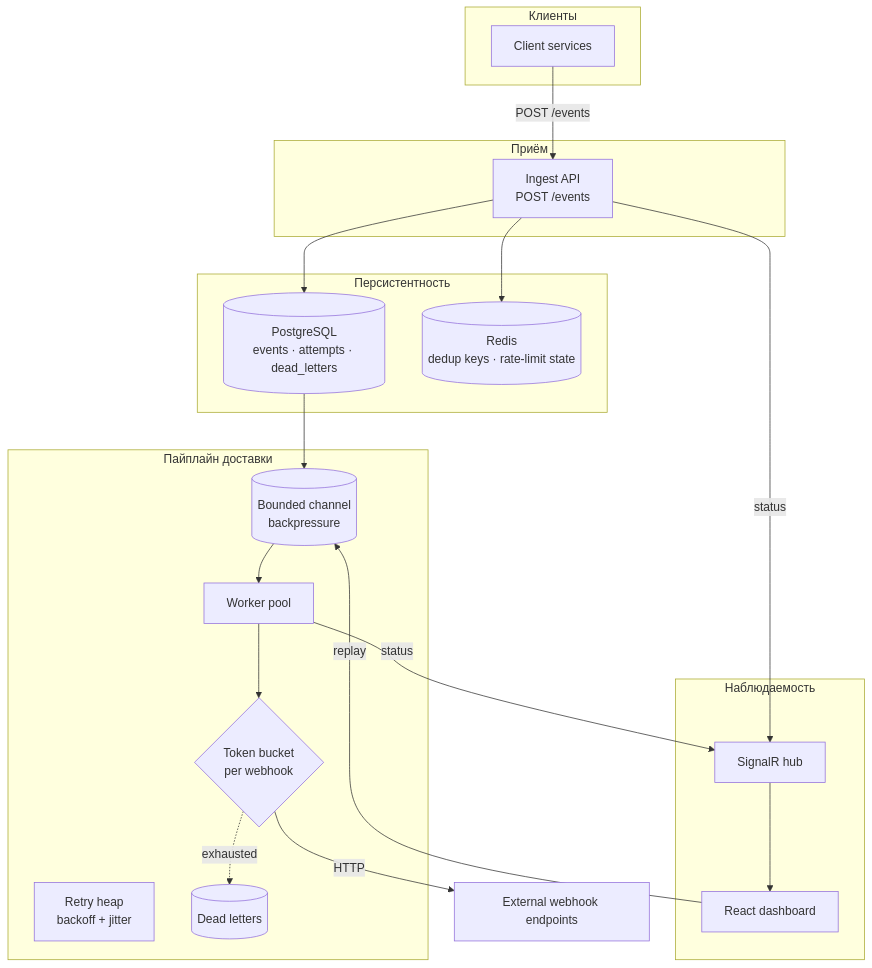
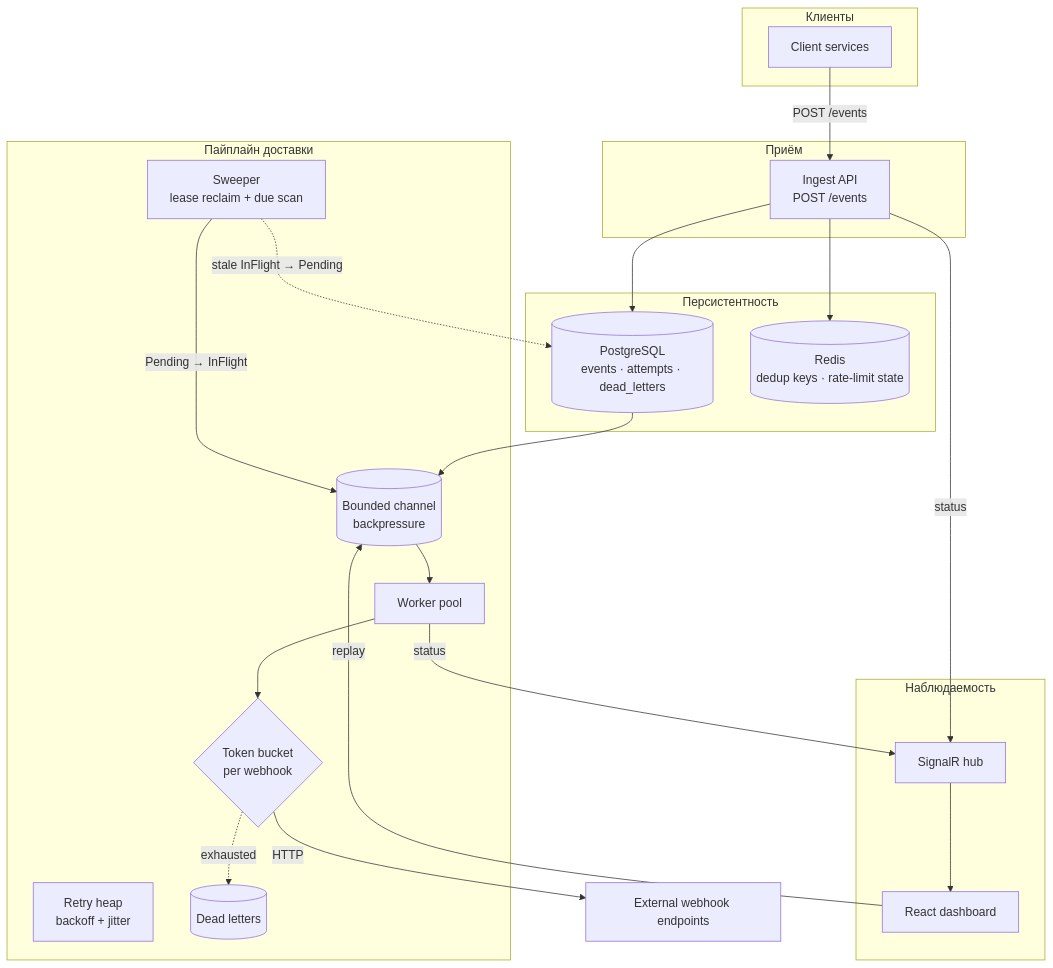
The first of 2 diagrams in docs/diagrams/system.md (ezpectus/webhook-engine), drawn with Mermaid before and after one commit. The commit also changed 2 other files, not shown here.

Commit message:
Add system guide doc; sync architecture/diagrams with built stages

````diff
--- a/docs/diagrams/system.md
+++ b/docs/diagrams/system.md
@@ -5,38 +5,41 @@
 ```mermaid
 flowchart TB
     subgraph Clients["Клиенты"]
         C1[Client services]
     end
 
     subgraph Ingest["Приём"]
         API[Ingest API<br/>POST /events]
     end
 
     subgraph Dur["Персистентность"]
         PG[(PostgreSQL<br/>events · attempts · dead_letters)]
         RDS[(Redis<br/>dedup keys · rate-limit state)]
     end
 
     subgraph Pipe["Пайплайн доставки"]
         Q[(Bounded channel<br/>backpressure)]
         W[Worker pool]
         RL{Token bucket<br/>per webhook}
         RH[Retry heap<br/>backoff + jitter]
+        SW[Sweeper<br/>lease reclaim + due scan]
         DLQ[(Dead letters)]
     end
 
     subgraph Obs["Наблюдаемость"]
         SIG[SignalR hub]
         DASH[React dashboard]
     end
 
     C1 -->|POST /events| API
     API --> RDS
     API --> PG
     PG --> Q --> W --> RL
     RL -->|HTTP| EXT[External webhook endpoints]
     W -->|status| SIG --> DASH
     RL -.->|exhausted| DLQ
+    SW -->|Pending → InFlight| Q
+    SW -.->|stale InFlight → Pending| PG
     DASH -->|replay| Q
     API -->|status| SIG
 ```
````
